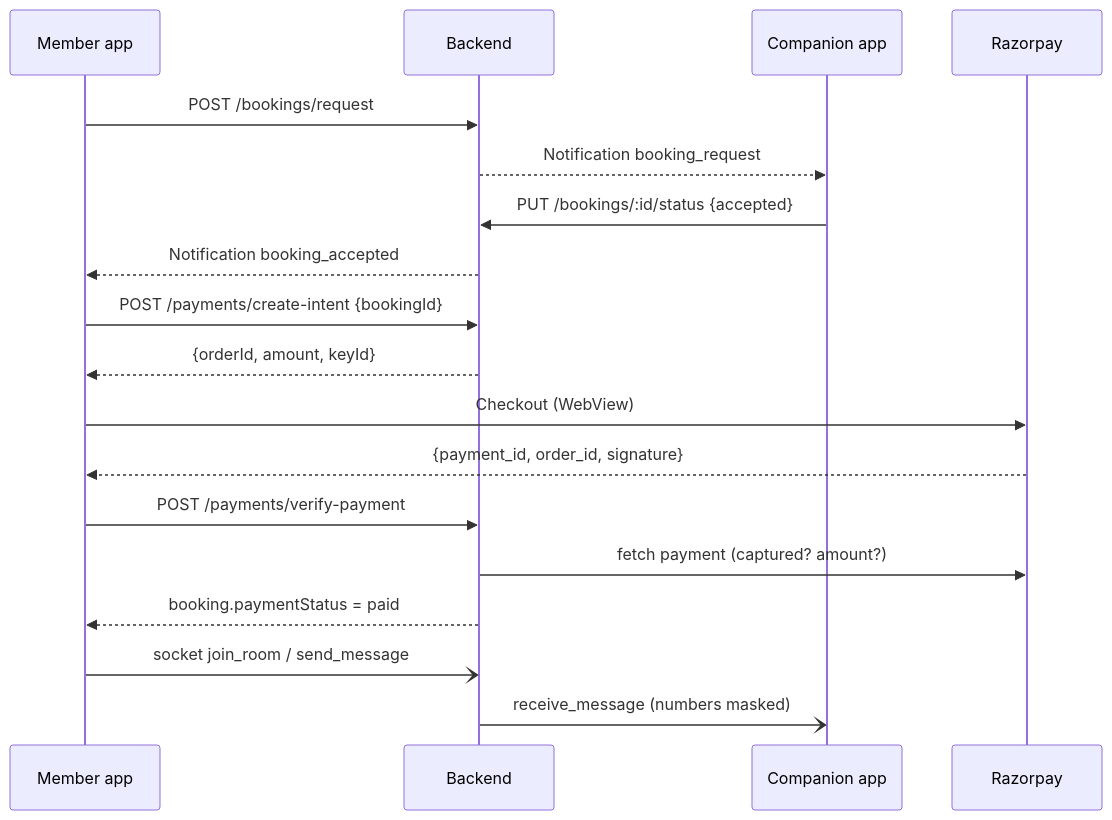
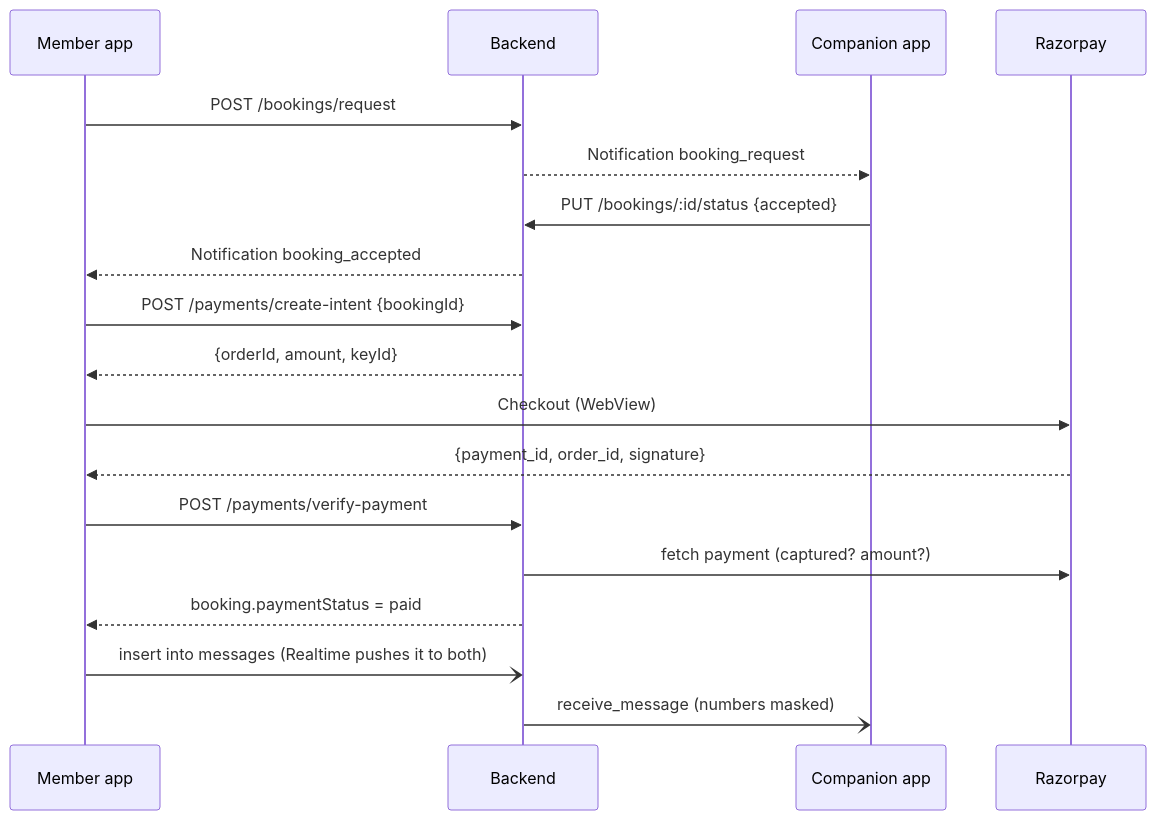
Before and after one commit to qwink-dinein/prsnn-mobile: the third of 3 diagrams in Architecture.md, drawn with Mermaid. The commit also changed other lines of this file and 22 other files, not shown here.

````diff
--- a/Architecture.md
+++ b/Architecture.md
@@ -85,20 +85,20 @@
 ```mermaid
 sequenceDiagram
   participant M as Member app
   participant B as Backend
   participant C as Companion app
   participant R as Razorpay
   M->>B: POST /bookings/request
   B-->>C: Notification booking_request
   C->>B: PUT /bookings/:id/status {accepted}
   B-->>M: Notification booking_accepted
   M->>B: POST /payments/create-intent {bookingId}
   B-->>M: {orderId, amount, keyId}
   M->>R: Checkout (WebView)
   R-->>M: {payment_id, order_id, signature}
   M->>B: POST /payments/verify-payment
   B->>R: fetch payment (captured? amount?)
   B-->>M: booking.paymentStatus = paid
-  M-)B: socket join_room / send_message
+  M-)B: insert into messages (Realtime pushes it to both)
   B-)C: receive_message (numbers masked)
 ```
````
